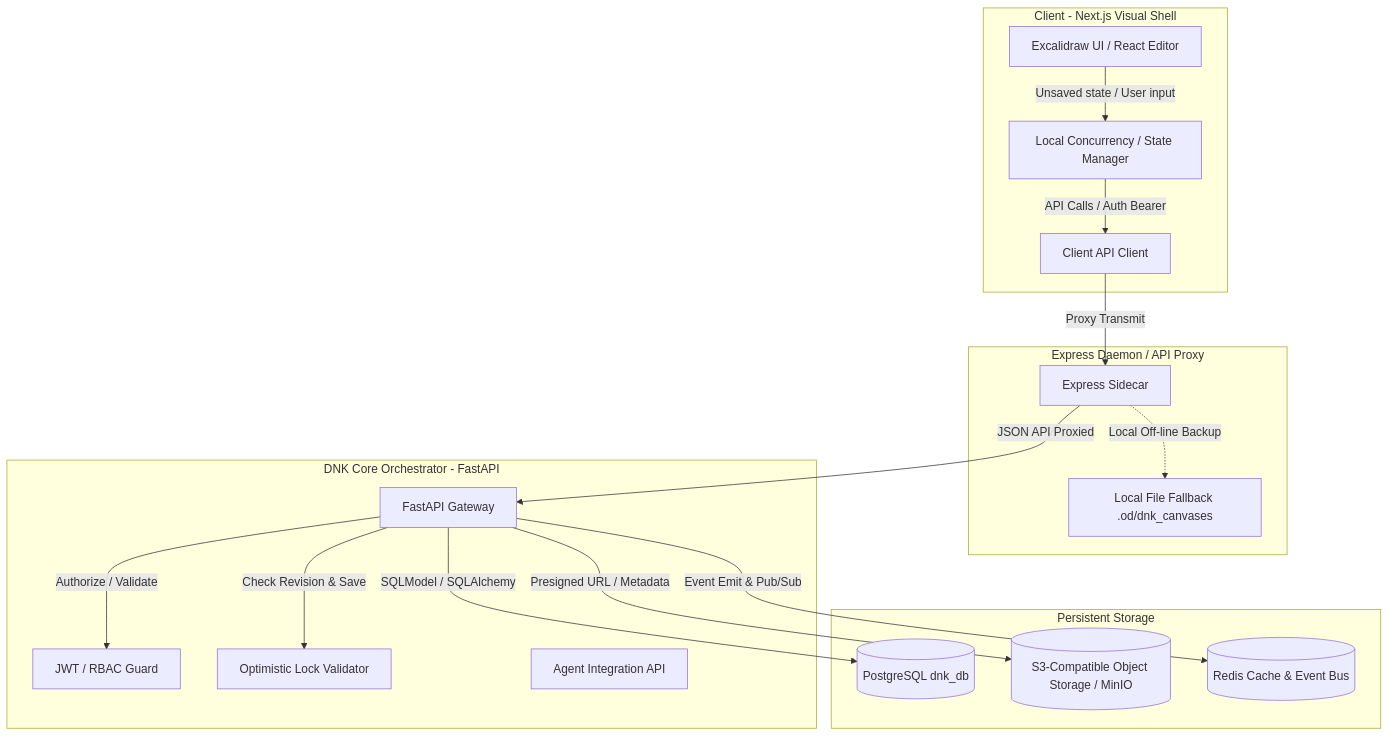
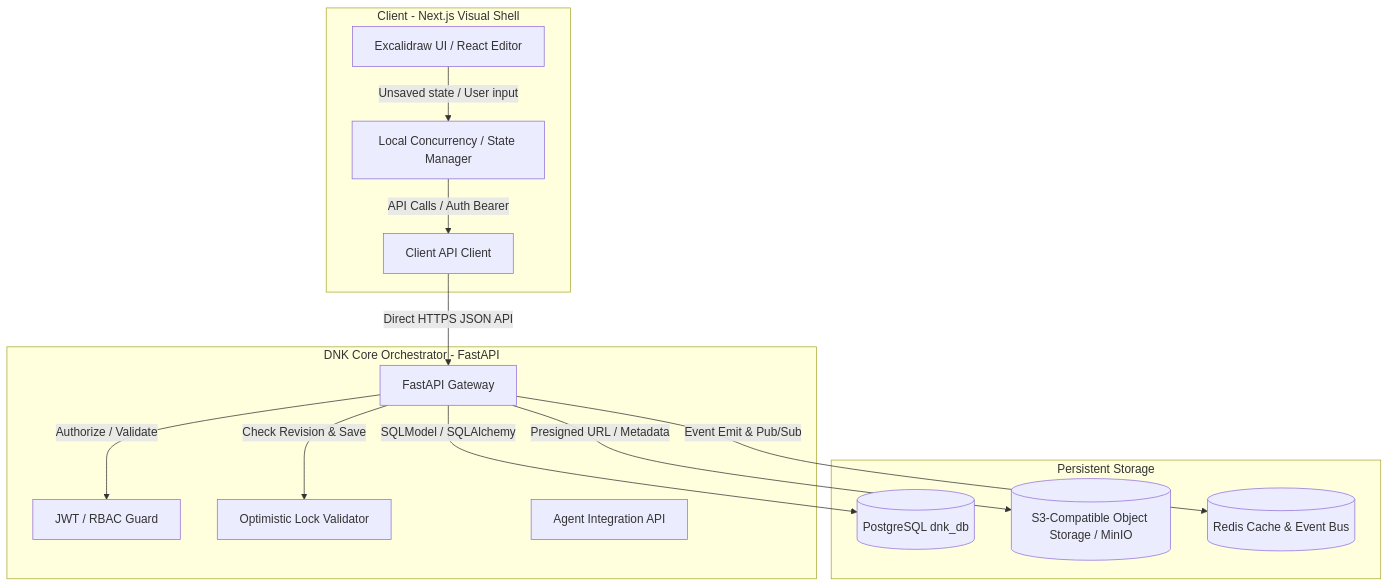
The first of 2 diagrams in docs/specs/DNK_CANVAS_ARCHITECTURE.md (Kuzmenko-top/dnk-os-mvp-assimilation), drawn with Mermaid before and after one commit. The commit also changed other lines of this file and 8 other files, not shown here.

````diff
--- a/docs/specs/DNK_CANVAS_ARCHITECTURE.md
+++ b/docs/specs/DNK_CANVAS_ARCHITECTURE.md
@@ -32,37 +32,30 @@
 ```mermaid
 graph TD
     subgraph Client Layer [Client - Next.js Visual Shell]
         UI[Excalidraw UI / React Editor]
         State[Local Concurrency / State Manager]
         Proxy_Client[Client API Client]
-    end
-
-    subgraph Sidecar Layer [Express Daemon / API Proxy]
-        Daemon[Express Sidecar]
-        Fallback[Local File Fallback .od/dnk_canvases]
     end
 
     subgraph Core Layer [DNK Core Orchestrator - FastAPI]
         FastAPI[FastAPI Gateway]
         Auth[JWT / RBAC Guard]
         LockEngine[Optimistic Lock Validator]
         AgentAgent[Agent Integration API]
     end
 
     subgraph Storage Layer [Persistent Storage]
         DB[(PostgreSQL dnk_db)]
         S3[(S3-Compatible Object Storage / MinIO)]
         Cache[(Redis Cache & Event Bus)]
     end
 
     UI -->|Unsaved state / User input| State
     State -->|API Calls / Auth Bearer| Proxy_Client
-    Proxy_Client -->|Proxy Transmit| Daemon
-    Daemon -->|JSON API Proxied| FastAPI
-    Daemon -.->|Local Off-line Backup| Fallback
+    Proxy_Client -->|Direct HTTPS JSON API| FastAPI
     FastAPI -->|Authorize / Validate| Auth
     FastAPI -->|Check Revision & Save| LockEngine
     FastAPI -->|SQLModel / SQLAlchemy| DB
     FastAPI -->|Presigned URL / Metadata| S3
     FastAPI -->|Event Emit & Pub/Sub| Cache
 ```
````
